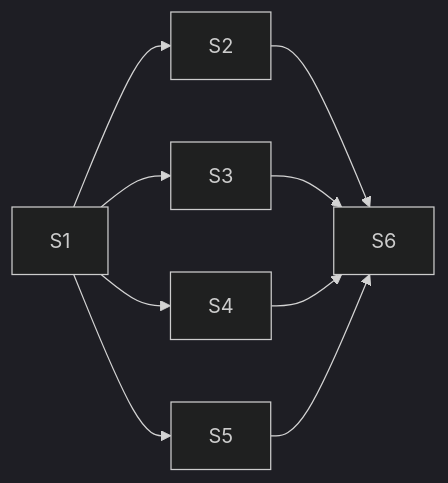
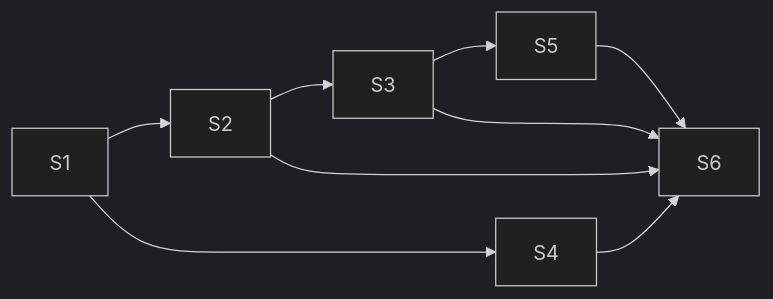
Before and after one commit to DvirMon/ng-table: the diagram in libs/table/docs/3-ui/work/keyboard/active/treegrid-keyboard-model/tasks/issue-239/progress.md, drawn with Mermaid (dark theme). The commit also changed other lines of this file and 2 other files, not shown here.

Commit message:
📚 [#239 plan] docs(table/keyboard): chain steps 2, 3 and 5 on their shared file
Refs: #239

````diff
--- a/libs/table/docs/3-ui/work/keyboard/active/treegrid-keyboard-model/tasks/issue-239/progress.md
+++ b/libs/table/docs/3-ui/work/keyboard/active/treegrid-keyboard-model/tasks/issue-239/progress.md
@@ -5,11 +5,11 @@
 ```mermaid
 graph LR
   S1 --> S2
-  S1 --> S3
   S1 --> S4
-  S1 --> S5
+  S2 --> S3
+  S3 --> S5
+  S3 --> S6
   S2 --> S6
-  S3 --> S6
   S4 --> S6
   S5 --> S6
 ```
````
